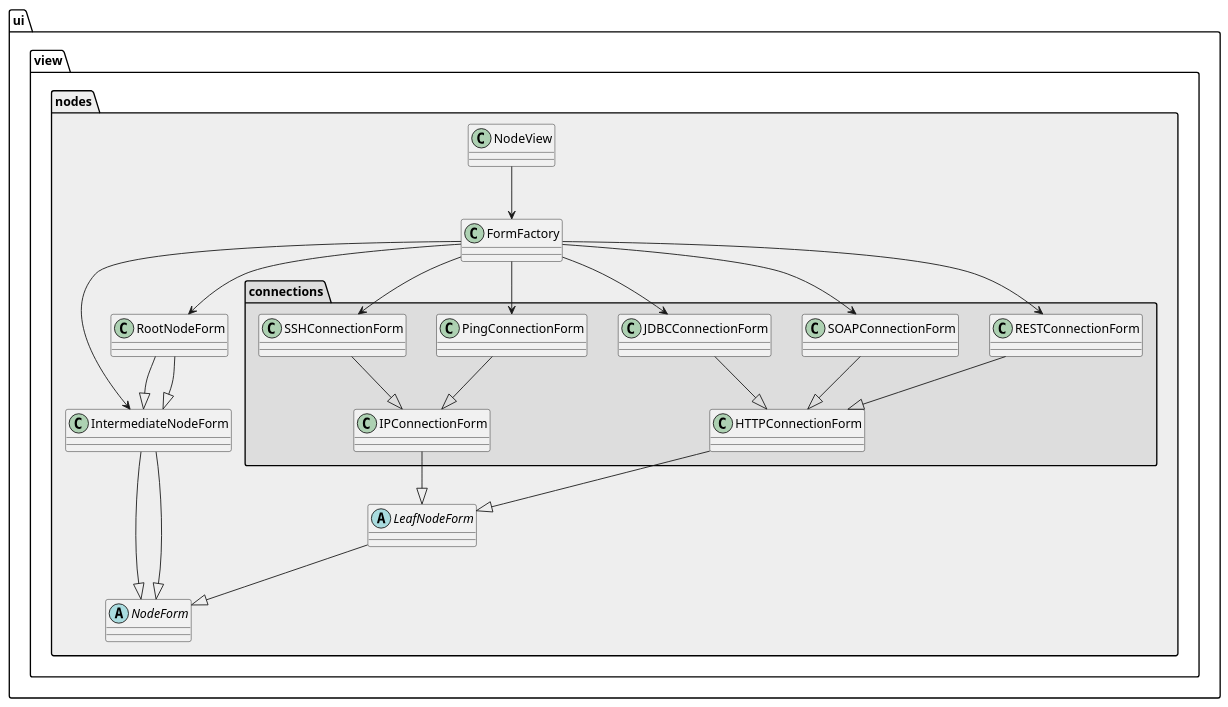
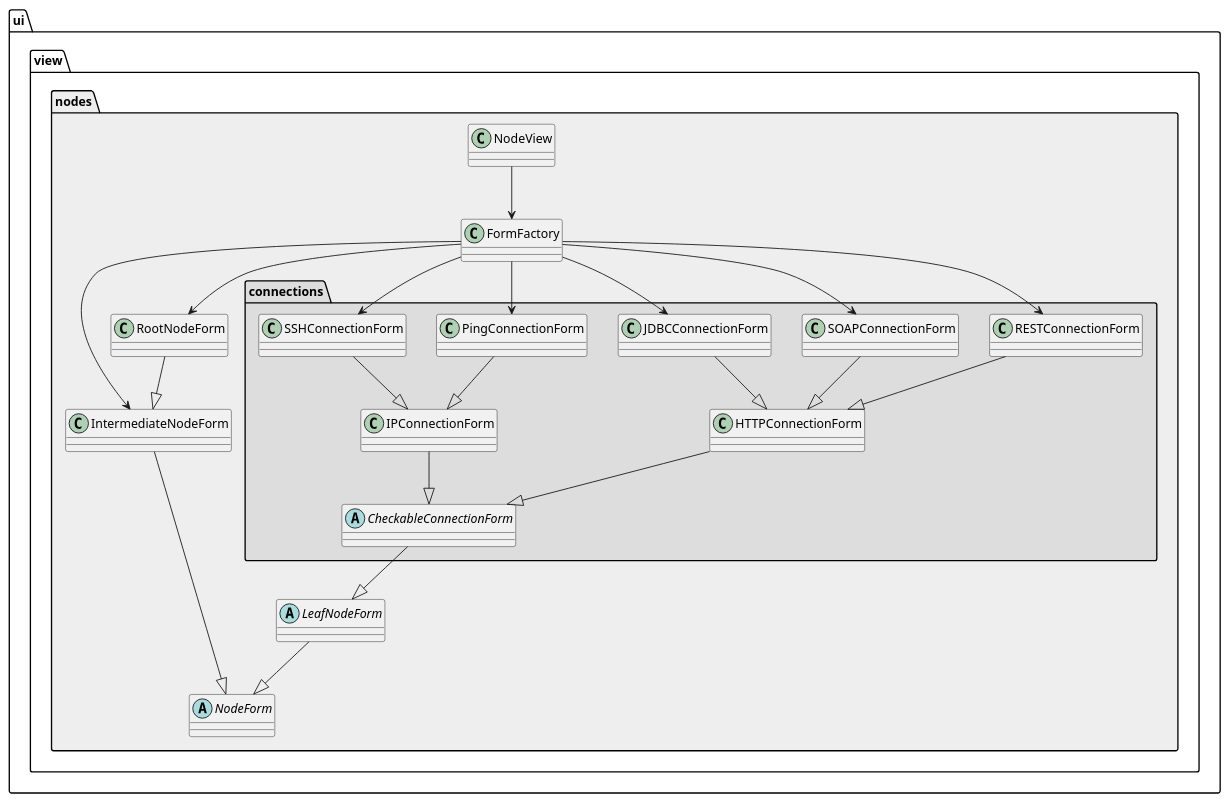
One commit to mmoser18/kismon changed the diagram in docs/ui_view_nodes.puml. Above: the diagram before and after it, drawn with PlantUML. The commit also changed 82 other files, not shown here.

```diff
--- a/docs/ui_view_nodes.puml
+++ b/docs/ui_view_nodes.puml
@@ -1,39 +1,40 @@
 @startuml
 
 package "ui.view.nodes" #EEEEEE {
 
 	abstract class NodeForm
 	abstract class LeafNodeForm
 	
 	class IntermediateNodeForm
 	class RootNodeForm
 	
 	LeafNodeForm --|> NodeForm
+	
 	IntermediateNodeForm --|> NodeForm
 	RootNodeForm --|> IntermediateNodeForm
 
-	IntermediateNodeForm --|> NodeForm
-	RootNodeForm --|> IntermediateNodeForm
-	
 	package "ui.view.nodes.connections" #DDDDDD {
-		HTTPConnectionForm --|> LeafNodeForm
-		IPConnectionForm   --|> LeafNodeForm
+		abstract class CheckableConnectionForm
+		
+		CheckableConnectionForm --|> LeafNodeForm
+		HTTPConnectionForm --|> CheckableConnectionForm
+		IPConnectionForm   --|> CheckableConnectionForm
 		RESTConnectionForm --|> HTTPConnectionForm
 		SOAPConnectionForm --|> HTTPConnectionForm
 		JDBCConnectionForm --|> HTTPConnectionForm
 		PingConnectionForm --|> IPConnectionForm
 		SSHConnectionForm  --|> IPConnectionForm
 	}
 
 	FormFactory --> RootNodeForm
 	FormFactory --> IntermediateNodeForm
 	FormFactory --> RESTConnectionForm
 	FormFactory --> SOAPConnectionForm
 	FormFactory --> JDBCConnectionForm
 	FormFactory --> PingConnectionForm
 	FormFactory --> SSHConnectionForm
 
 	NodeView --> FormFactory
 }
 
 @enduml
```
